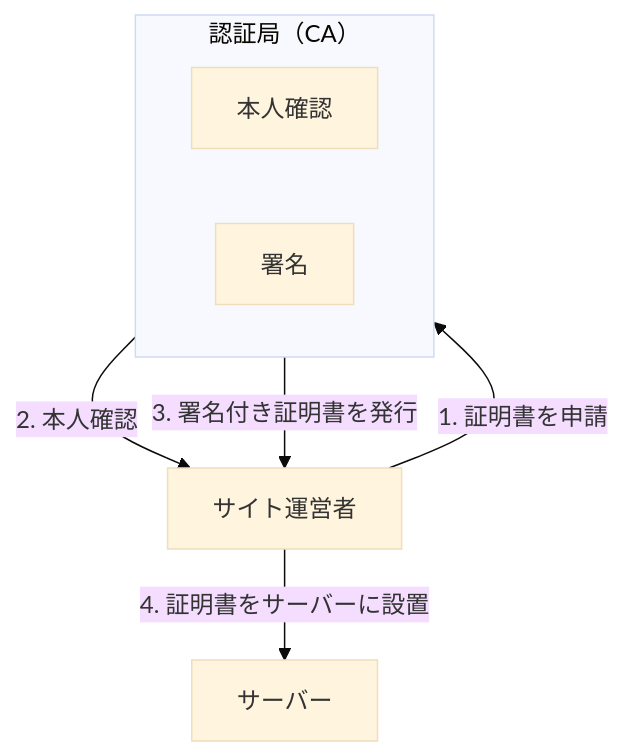
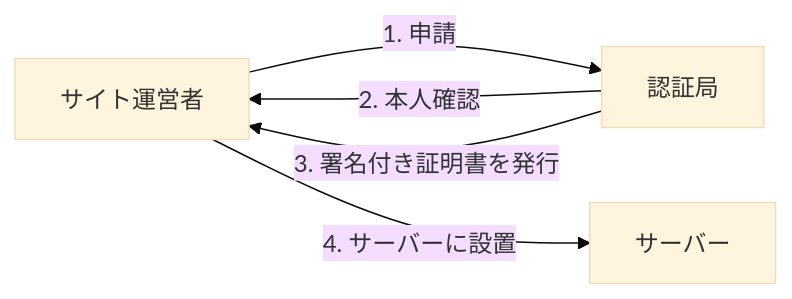
One commit to muratanaoki/party-box changed the ninth of 15 diagrams in docs/curriculum/02-aws-http.md. Above: the diagram before and after it, drawn with Mermaid (base theme). The commit also changed other lines of this file, not shown here.

````diff
--- a/docs/curriculum/02-aws-http.md
+++ b/docs/curriculum/02-aws-http.md
@@ -320,13 +334,7 @@
 ```mermaid
-flowchart TB
-    subgraph CA["認証局（CA）"]
-        Check["本人確認"]
-        Sign["署名"]
-    end
-
-    Owner["サイト運営者"] -->|1. 証明書を申請| CA
+flowchart LR
+    Owner["サイト運営者"] -->|1. 申請| CA["認証局"]
     CA -->|2. 本人確認| Owner
     CA -->|3. 署名付き証明書を発行| Owner
-
-    Owner -->|4. 証明書をサーバーに設置| Server["サーバー"]
+    Owner -->|4. サーバーに設置| Server["サーバー"]
 ```
````
